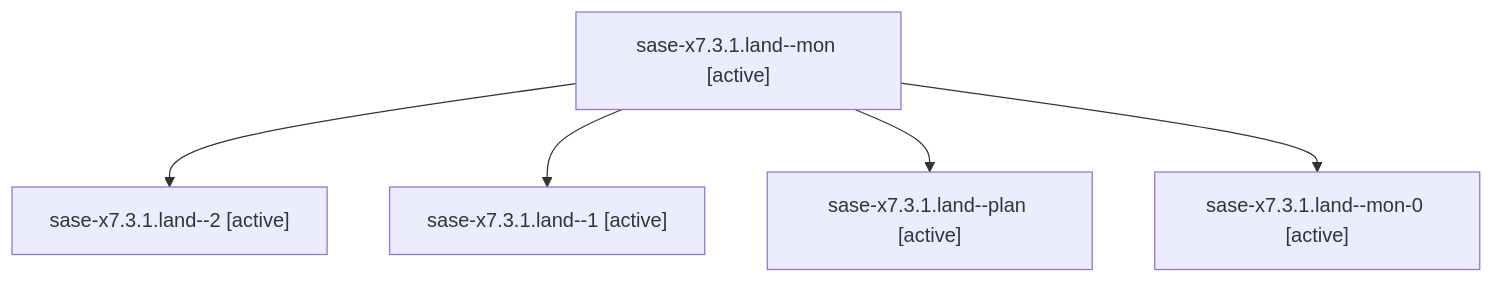
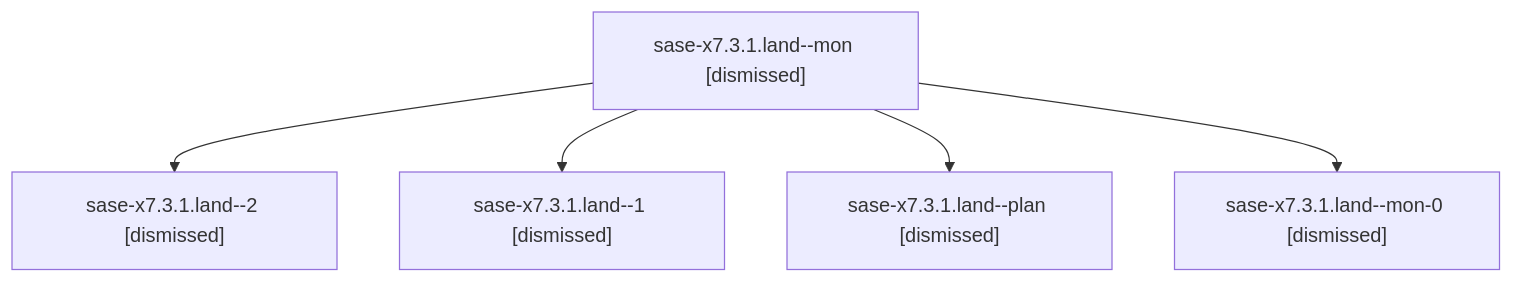
Before and after one commit to sase-org/sase--agents: the diagram in sessions/bbugyi200.athena.sase-x7.3.1.land.md, drawn with Mermaid. The commit also changed other lines of this file and 397 other files, not shown here.

````diff
--- a/sessions/bbugyi200.athena.sase-x7.3.1.land.md
+++ b/sessions/bbugyi200.athena.sase-x7.3.1.land.md
@@ -9,12 +9,12 @@
 ```mermaid
 flowchart TD
-  n0["sase-x7.3.1.land--mon [active]"]
-  n1["sase-x7.3.1.land--2 [active]"]
+  n0["sase-x7.3.1.land--mon [dismissed]"]
+  n1["sase-x7.3.1.land--2 [dismissed]"]
   n0 --> n1
-  n2["sase-x7.3.1.land--1 [active]"]
+  n2["sase-x7.3.1.land--1 [dismissed]"]
   n0 --> n2
-  n3["sase-x7.3.1.land--plan [active]"]
+  n3["sase-x7.3.1.land--plan [dismissed]"]
   n0 --> n3
-  n4["sase-x7.3.1.land--mon-0 [active]"]
+  n4["sase-x7.3.1.land--mon-0 [dismissed]"]
   n0 --> n4
 ```
````
